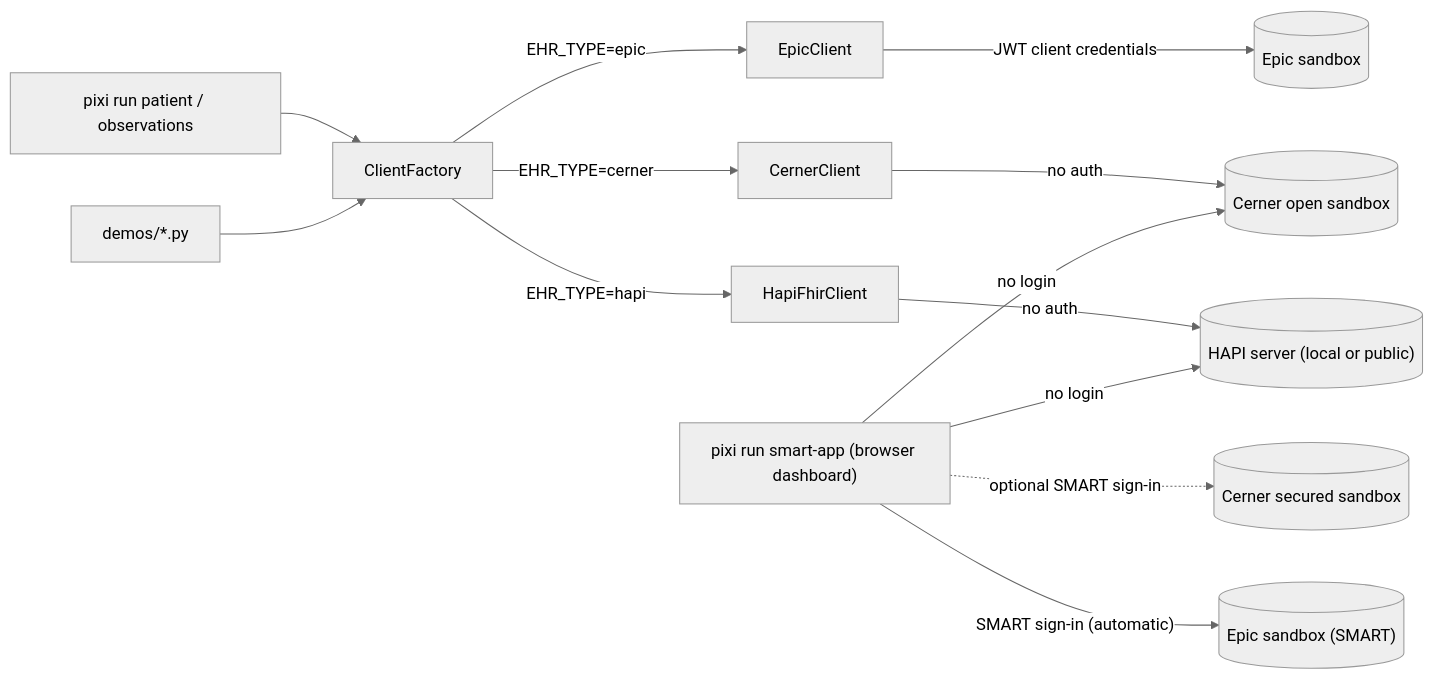
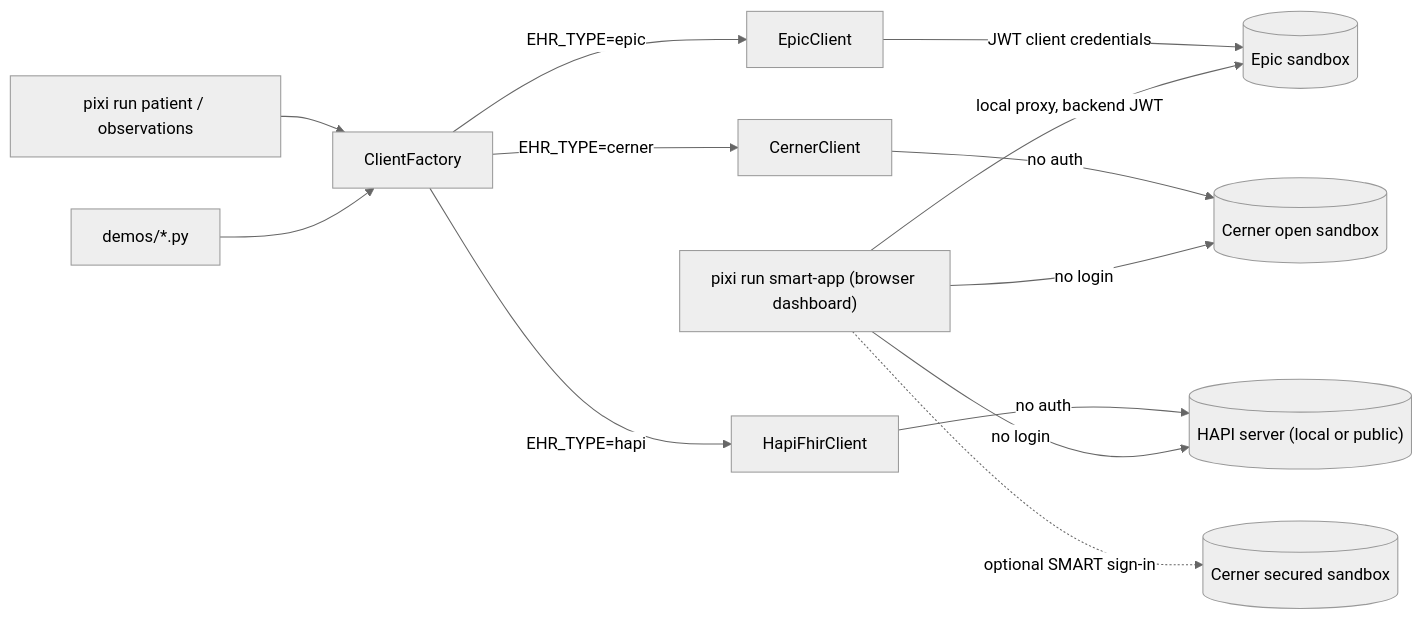
The diagram in docs/index.md (tonyreina/ehr_sandbox), drawn with Mermaid (neutral theme) before and after one commit. The commit also changed other lines of this file and 15 other files, not shown here.

First line of the commit message:
Reach Epic from the dashboard through a local backend-app proxy

````diff
--- a/docs/index.md
+++ b/docs/index.md
@@ -11,15 +11,15 @@
 ```mermaid
 flowchart LR
     CLI["pixi run patient / observations"] --> F[ClientFactory]
     Demos[demos/*.py] --> F
     F -->|EHR_TYPE=epic| EP[EpicClient]
     F -->|EHR_TYPE=cerner| CE[CernerClient]
     F -->|EHR_TYPE=hapi| HA[HapiFhirClient]
     EP -->|"JWT client credentials"| EPIC[(Epic sandbox)]
     CE -->|"no auth"| CERN[(Cerner open sandbox)]
     HA -->|"no auth"| HAPI[("HAPI server (local or public)")]
     DASH["pixi run smart-app (browser dashboard)"] -->|"no login"| CERN
     DASH -->|"no login"| HAPI
     DASH -.->|"optional SMART sign-in"| CERNS[(Cerner secured sandbox)]
-    DASH -->|"SMART sign-in (automatic)"| EPICS[("Epic sandbox (SMART)")]
+    DASH -->|"local proxy, backend JWT"| EPIC
 ```
````
